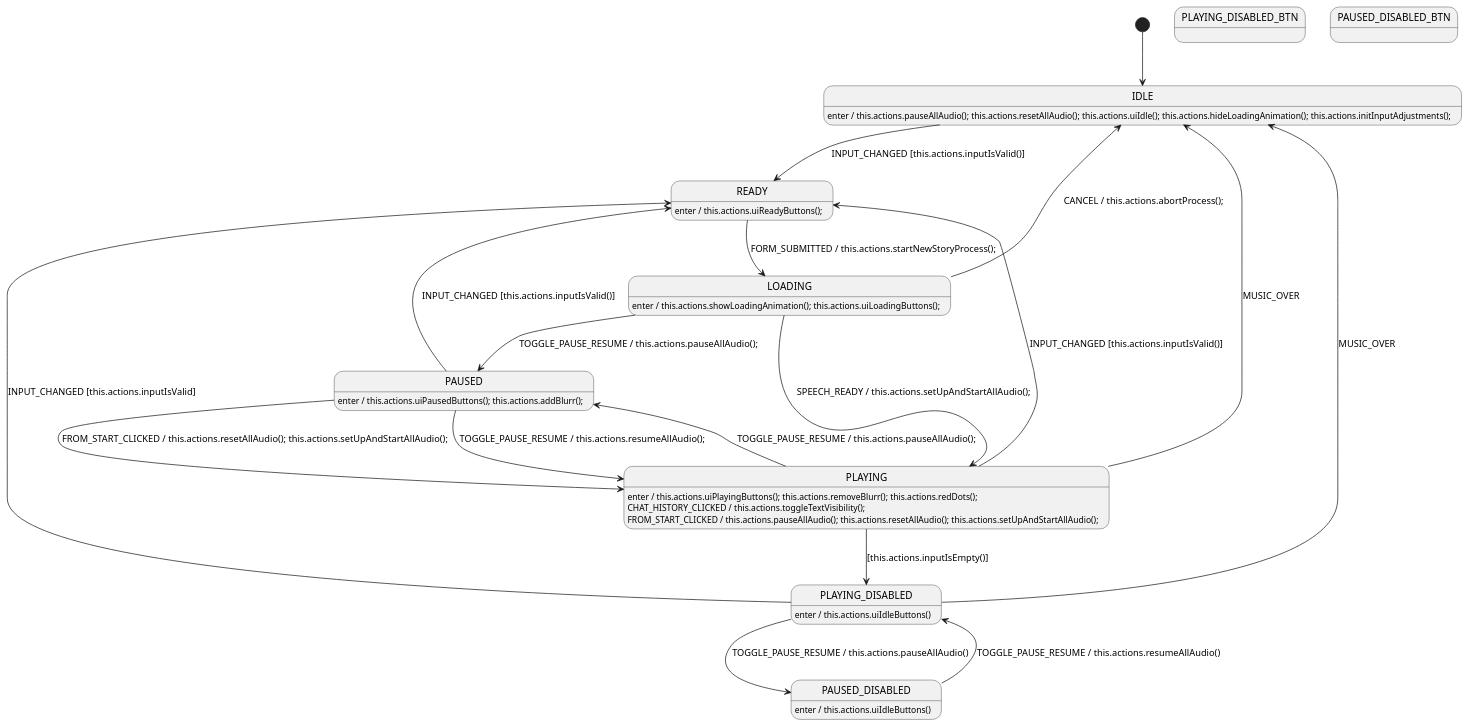
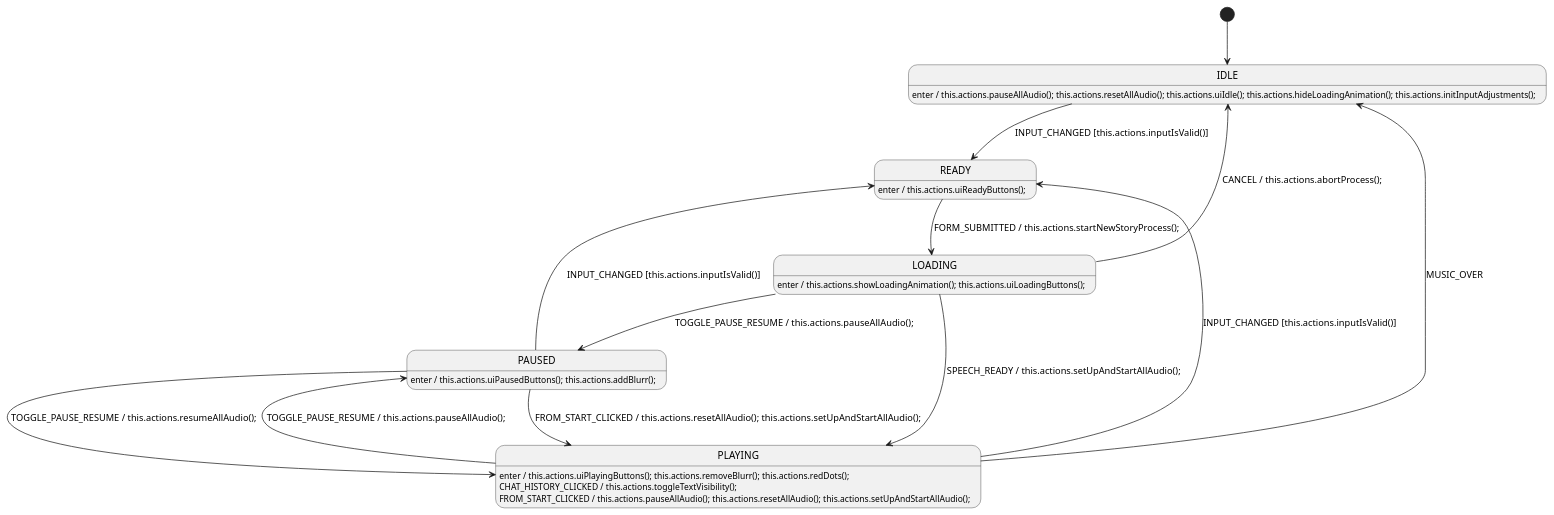
One commit to grannygoestoheaven/teller changed the diagram in static/js/audioSmActions.plantuml. Above: the diagram before and after it, drawn with PlantUML. The commit also changed 3 other files, not shown here.

```diff
--- a/static/js/audioSmActions.plantuml
+++ b/static/js/audioSmActions.plantuml
@@ -1,53 +1,42 @@
 @startuml AudioStateMachine
 
     '############################ States ############################
 
     [*] --> IDLE
 
     state IDLE
     state READY
     state LOADING
     state PLAYING
-    state PLAYING_DISABLED_BTN
     state PAUSED
-    state PAUSED_DISABLED_BTN
 
     '############################ Handlers ############################
 
     IDLE: enter / this.actions.pauseAllAudio(); this.actions.resetAllAudio(); this.actions.uiIdle(); this.actions.hideLoadingAnimation(); this.actions.initInputAdjustments();
     IDLE --> READY : INPUT_CHANGED [this.actions.inputIsValid()]
 
     READY: enter / this.actions.uiReadyButtons();
     READY --> LOADING : FORM_SUBMITTED / this.actions.startNewStoryProcess();
 
     LOADING: enter / this.actions.showLoadingAnimation(); this.actions.uiLoadingButtons();
     LOADING --> PLAYING : SPEECH_READY / this.actions.setUpAndStartAllAudio();
     LOADING --> PAUSED : TOGGLE_PAUSE_RESUME / this.actions.pauseAllAudio();
     LOADING --> IDLE : CANCEL / this.actions.abortProcess();
 
     PLAYING: enter / this.actions.uiPlayingButtons(); this.actions.removeBlurr(); this.actions.redDots();
     PLAYING --> PAUSED : TOGGLE_PAUSE_RESUME / this.actions.pauseAllAudio();
     PLAYING --> IDLE : MUSIC_OVER
     PLAYING --> READY : INPUT_CHANGED [this.actions.inputIsValid()]
-    PLAYING --> PLAYING_DISABLED : [this.actions.inputIsEmpty()]
     PLAYING : CHAT_HISTORY_CLICKED / this.actions.toggleTextVisibility();
     PLAYING : FROM_START_CLICKED / this.actions.pauseAllAudio(); this.actions.resetAllAudio(); this.actions.setUpAndStartAllAudio();
-
-    PLAYING_DISABLED: enter / this.actions.uiIdleButtons()
-    PLAYING_DISABLED --> READY : INPUT_CHANGED [this.actions.inputIsValid]
-    PLAYING_DISABLED --> IDLE : MUSIC_OVER
-    PLAYING_DISABLED --> PAUSED_DISABLED : TOGGLE_PAUSE_RESUME / this.actions.pauseAllAudio()
 
     PAUSED: enter / this.actions.uiPausedButtons(); this.actions.addBlurr();
     PAUSED --> PLAYING : TOGGLE_PAUSE_RESUME / this.actions.resumeAllAudio();
     PAUSED --> PLAYING : FROM_START_CLICKED / this.actions.resetAllAudio(); this.actions.setUpAndStartAllAudio();
     PAUSED --> READY : INPUT_CHANGED [this.actions.inputIsValid()]
 
-    PAUSED_DISABLED: enter / this.actions.uiIdleButtons()
-    PAUSED_DISABLED --> PLAYING_DISABLED : TOGGLE_PAUSE_RESUME / this.actions.resumeAllAudio()
-
 /'! $CONFIG : toml
 SmRunnerSettings.transpilerId = "JavaScript"
 '/
 
 @enduml
```
